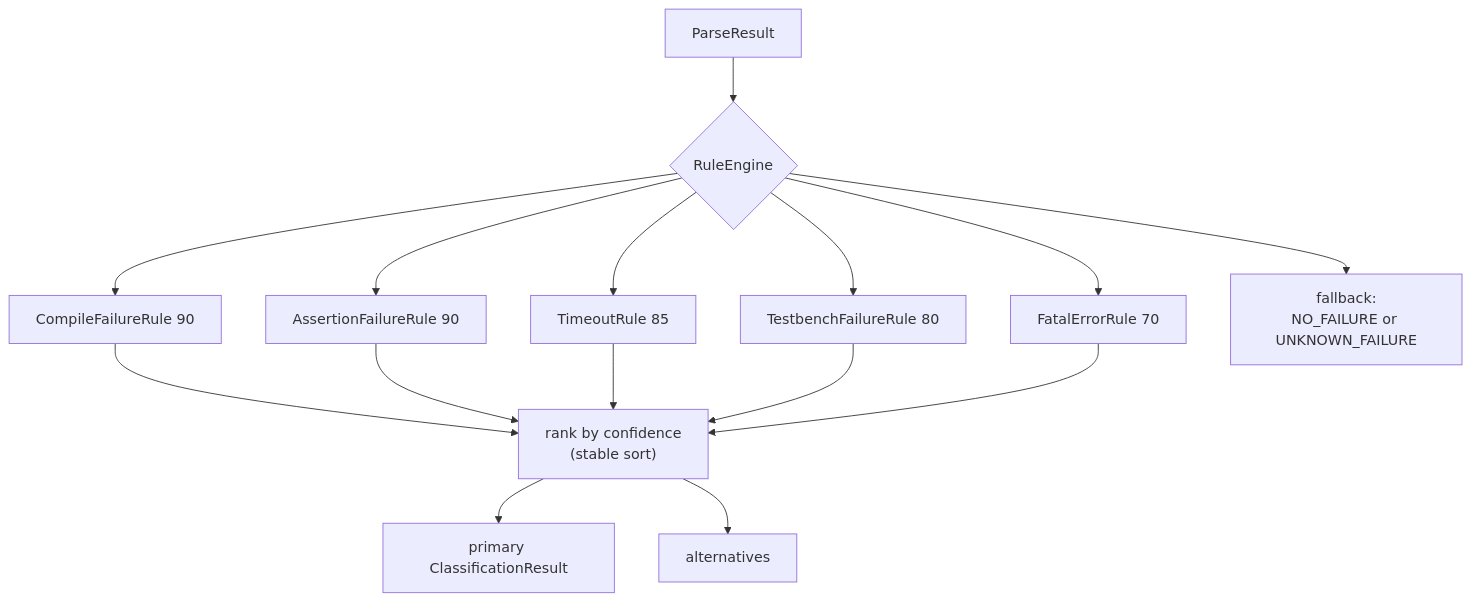
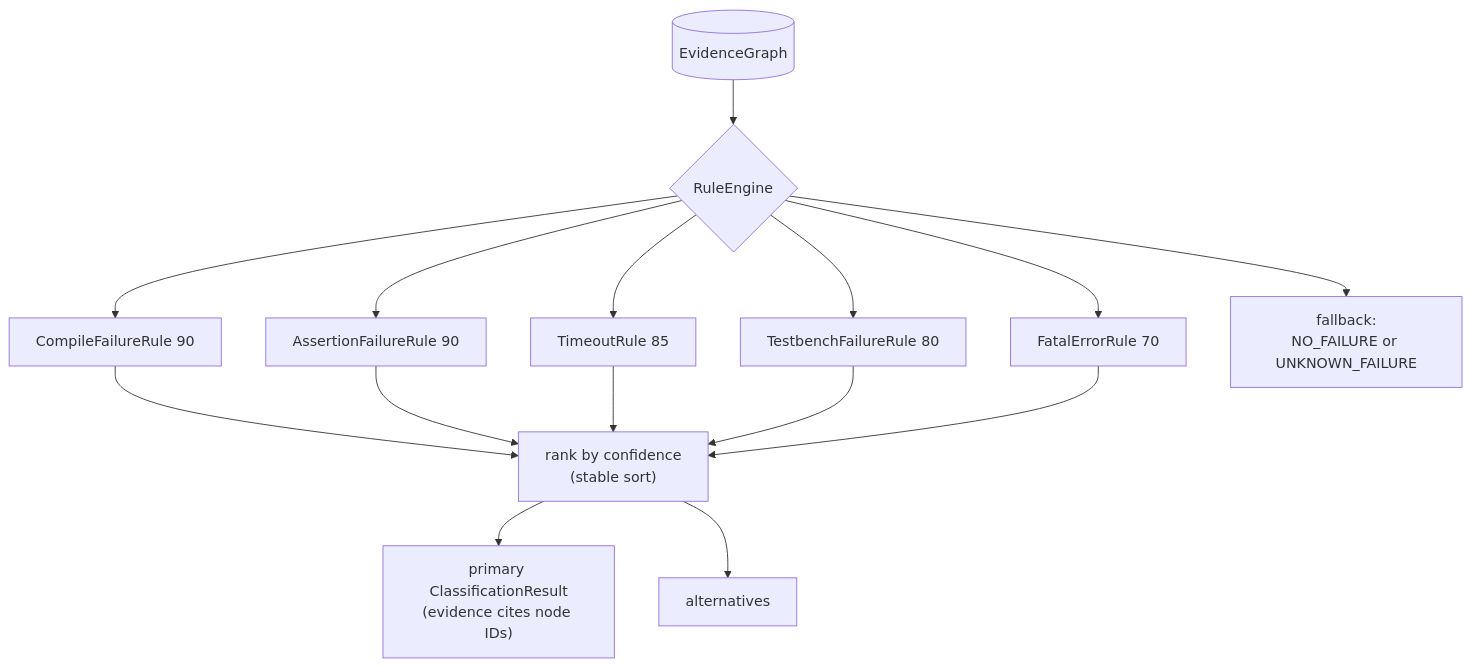
The third of 4 diagrams in docs/ARCHITECTURE.md (patel-om/veritriage), drawn with Mermaid before and after one commit. The commit also changed other lines of this file and 35 other files, not shown here.

First line of the commit message:
feat: v0.2.0 - Evidence Graph as central architecture

````diff
--- a/docs/ARCHITECTURE.md
+++ b/docs/ARCHITECTURE.md
@@ -29,13 +50,13 @@
 ```mermaid
 flowchart TB
-    PR[ParseResult] --> E{RuleEngine}
+    G[("EvidenceGraph")] --> E{RuleEngine}
     E --> R1[CompileFailureRule 90]
     E --> R2[AssertionFailureRule 90]
     E --> R3[TimeoutRule 85]
     E --> R4[TestbenchFailureRule 80]
     E --> R5[FatalErrorRule 70]
     R1 & R2 & R3 & R4 & R5 --> S["rank by confidence\n(stable sort)"]
-    S --> P["primary ClassificationResult"]
+    S --> P["primary ClassificationResult\n(evidence cites node IDs)"]
     S --> ALT["alternatives"]
     E --> FB["fallback:\nNO_FAILURE or UNKNOWN_FAILURE"]
 ```
````
